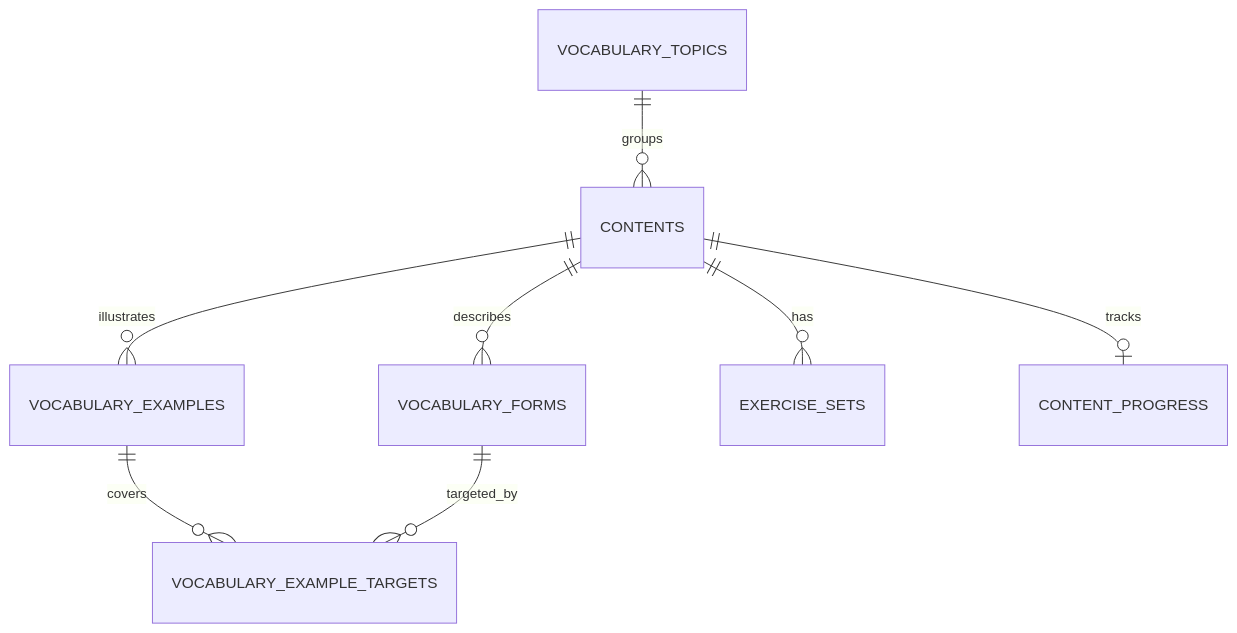
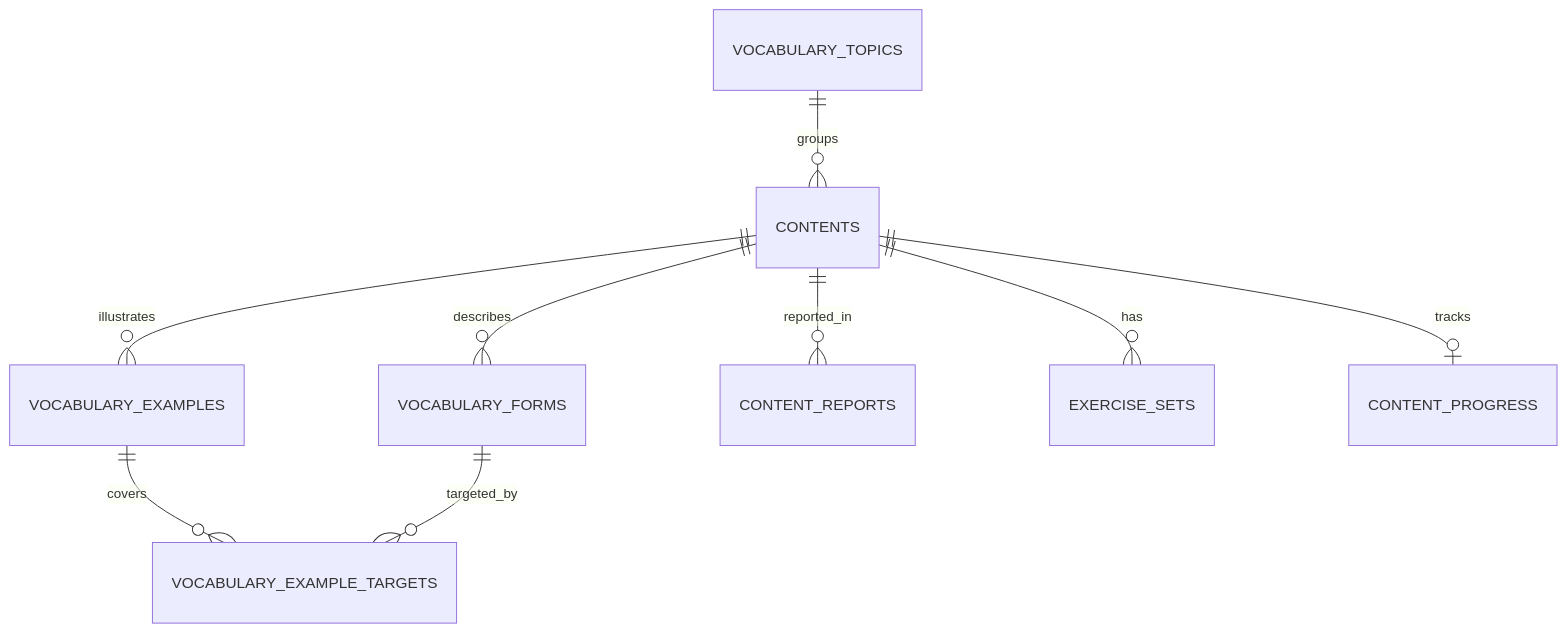
The diagram in docs/database-schema.md (kuailoy/Convi), drawn with Mermaid before and after one commit. The commit also changed other lines of this file and 12 other files, not shown here.

````diff
--- a/docs/database-schema.md
+++ b/docs/database-schema.md
@@ -143,10 +160,11 @@
 ```mermaid
 erDiagram
     VOCABULARY_TOPICS ||--o{ CONTENTS : groups
     CONTENTS ||--o{ VOCABULARY_FORMS : describes
     CONTENTS ||--o{ VOCABULARY_EXAMPLES : illustrates
     VOCABULARY_EXAMPLES ||--o{ VOCABULARY_EXAMPLE_TARGETS : covers
     VOCABULARY_FORMS ||--o{ VOCABULARY_EXAMPLE_TARGETS : targeted_by
+    CONTENTS ||--o{ CONTENT_REPORTS : reported_in
     CONTENTS ||--o{ EXERCISE_SETS : has
     CONTENTS ||--o| CONTENT_PROGRESS : tracks
 ```
````
